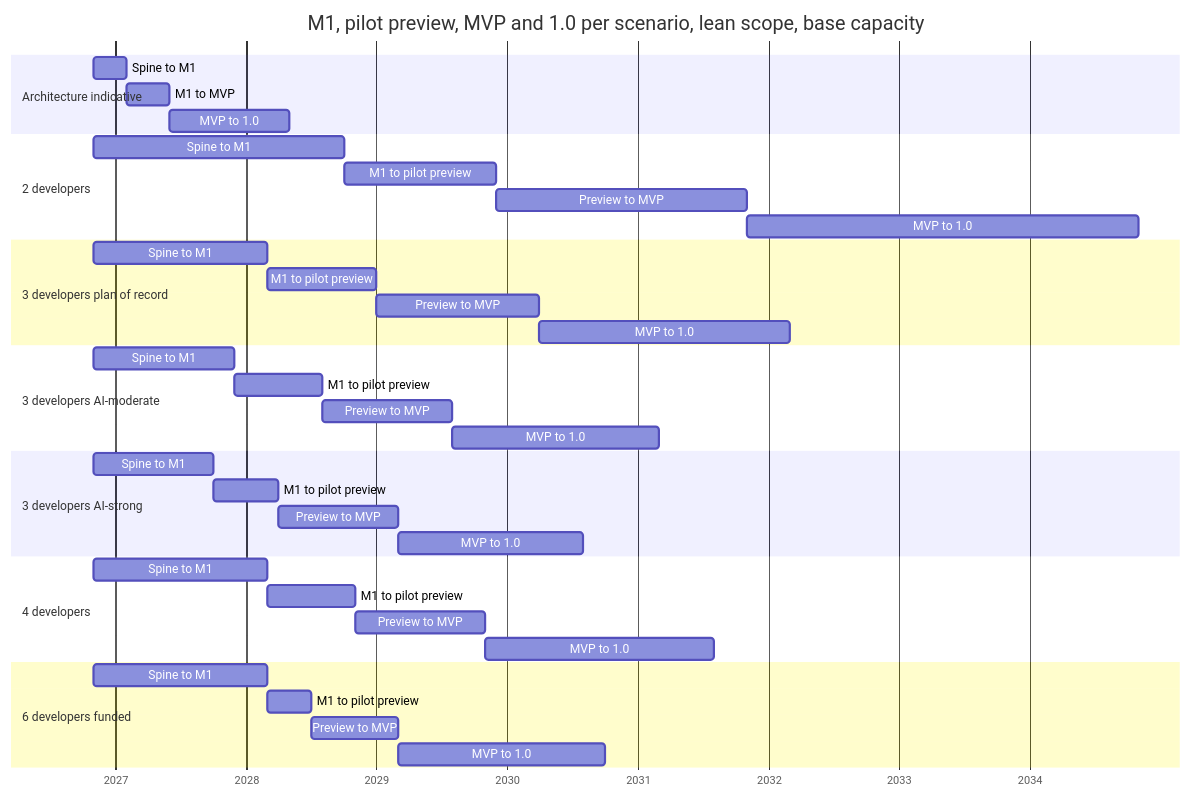
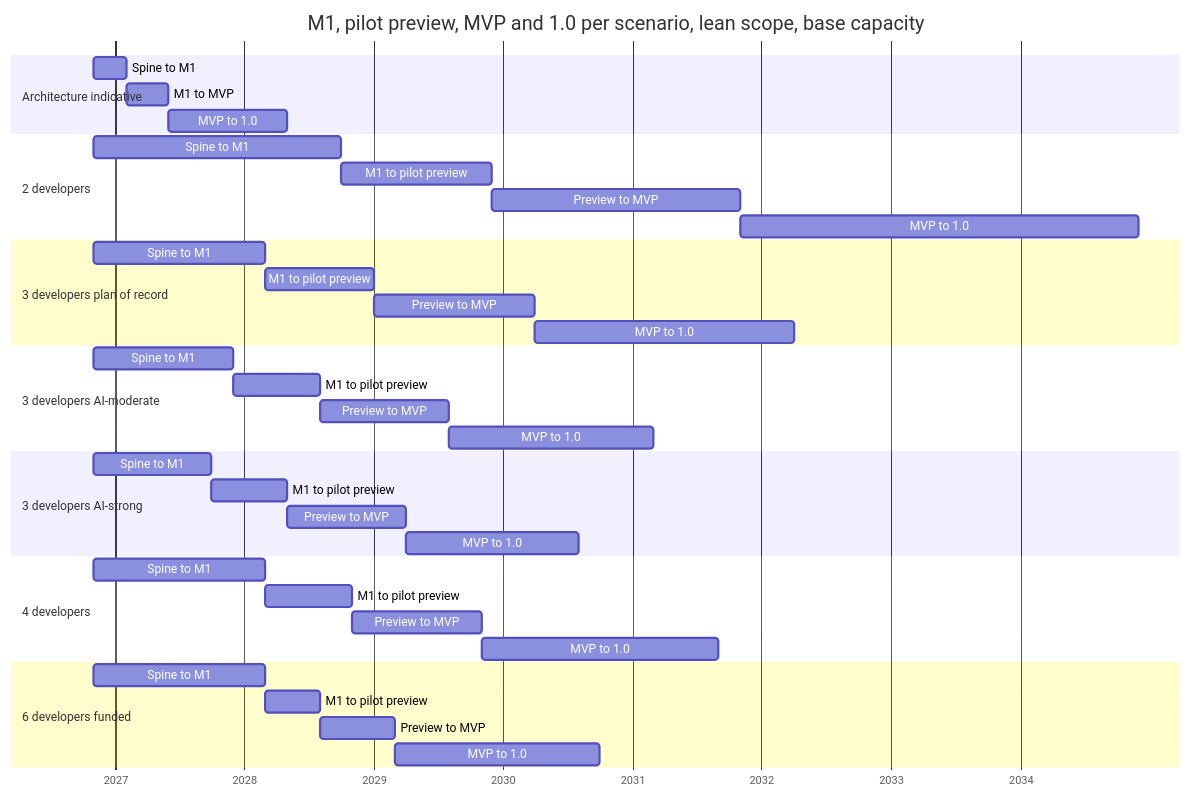
Before and after one commit to Ironkode787/ElektraWatt: the first of 3 diagrams in docs/plan/01-global-plan.md, drawn with Mermaid. The commit also changed other lines of this file and 31 other files, not shown here.

````diff
--- a/docs/plan/01-global-plan.md
+++ b/docs/plan/01-global-plan.md
@@ -339,40 +339,40 @@
 ```mermaid
 gantt
   title M1, pilot preview, MVP and 1.0 per scenario, lean scope, base capacity
   dateFormat YYYY-MM-DD
   axisFormat %Y
   section Architecture indicative
   Spine to M1         :i1, 2026-11-01, 2027-02-01
   M1 to MVP           :i2, 2027-02-01, 2027-06-01
   MVP to 1.0          :i3, 2027-06-01, 2028-05-01
   section 2 developers
   Spine to M1         :s00, 2026-11-01, 2028-10-01
   M1 to pilot preview :s01, 2028-10-01, 2029-12-01
   Preview to MVP      :s02, 2029-12-01, 2031-11-01
-  MVP to 1.0          :s03, 2031-11-01, 2034-11-01
+  MVP to 1.0          :s03, 2031-11-01, 2034-12-01
   section 3 developers plan of record
   Spine to M1         :s10, 2026-11-01, 2028-03-01
   M1 to pilot preview :s11, 2028-03-01, 2029-01-01
   Preview to MVP      :s12, 2029-01-01, 2030-04-01
-  MVP to 1.0          :s13, 2030-04-01, 2032-03-01
+  MVP to 1.0          :s13, 2030-04-01, 2032-04-01
   section 3 developers AI-moderate
   Spine to M1         :s20, 2026-11-01, 2027-12-01
   M1 to pilot preview :s21, 2027-12-01, 2028-08-01
   Preview to MVP      :s22, 2028-08-01, 2029-08-01
   MVP to 1.0          :s23, 2029-08-01, 2031-03-01
   section 3 developers AI-strong
   Spine to M1         :s30, 2026-11-01, 2027-10-01
-  M1 to pilot preview :s31, 2027-10-01, 2028-04-01
-  Preview to MVP      :s32, 2028-04-01, 2029-03-01
-  MVP to 1.0          :s33, 2029-03-01, 2030-08-01
+  M1 to pilot preview :s31, 2027-10-01, 2028-05-01
+  Preview to MVP      :s32, 2028-05-01, 2029-04-01
+  MVP to 1.0          :s33, 2029-04-01, 2030-08-01
   section 4 developers
   Spine to M1         :s40, 2026-11-01, 2028-03-01
   M1 to pilot preview :s41, 2028-03-01, 2028-11-01
   Preview to MVP      :s42, 2028-11-01, 2029-11-01
-  MVP to 1.0          :s43, 2029-11-01, 2031-08-01
+  MVP to 1.0          :s43, 2029-11-01, 2031-09-01
   section 6 developers funded
   Spine to M1         :s50, 2026-11-01, 2028-03-01
-  M1 to pilot preview :s51, 2028-03-01, 2028-07-01
-  Preview to MVP      :s52, 2028-07-01, 2029-03-01
+  M1 to pilot preview :s51, 2028-03-01, 2028-08-01
+  Preview to MVP      :s52, 2028-08-01, 2029-03-01
   MVP to 1.0          :s53, 2029-03-01, 2030-10-01
 ```
````
